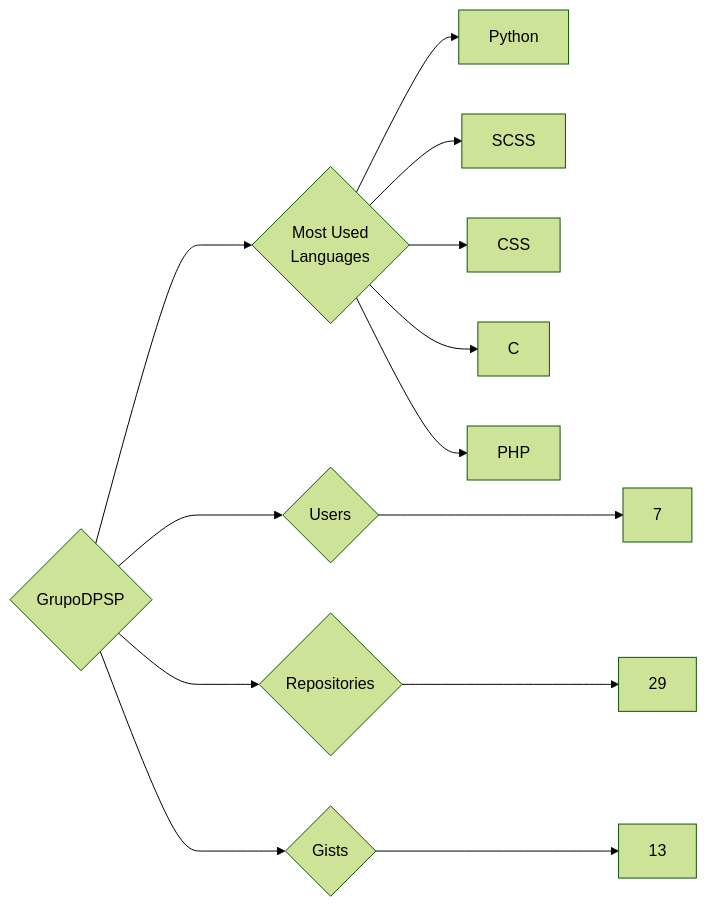
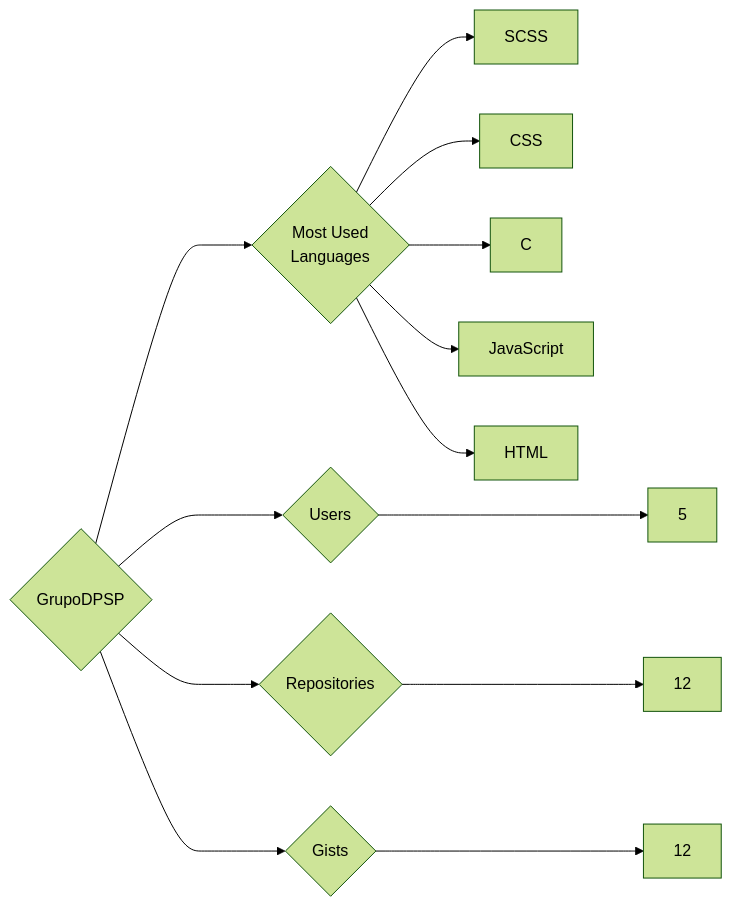
Before and after one commit to trickest/insiders: the diagram in targets/GrupoDPSP/README.md, drawn with Mermaid (forest theme). The commit also changed 1030 other files, not shown here.

````diff
--- a/targets/GrupoDPSP/README.md
+++ b/targets/GrupoDPSP/README.md
@@ -3,13 +3,13 @@
 ```mermaid
 graph LR
 COMPANY_NAME{GrupoDPSP}
-COMPANY_NAME ---> U{Users} ---> UN[7]
-COMPANY_NAME ---> R{Repositories} ---> RN[29]
-COMPANY_NAME ---> G{Gists} ---> GN[13]
+COMPANY_NAME ---> U{Users} ---> UN[5]
+COMPANY_NAME ---> R{Repositories} ---> RN[12]
+COMPANY_NAME ---> G{Gists} ---> GN[12]
 COMPANY_NAME ---> ML{Most Used<br>Languages}
-ML --> Python[Python]
 ML --> SCSS[SCSS]
 ML --> CSS[CSS]
 ML --> C[C]
-ML --> PHP[PHP]
+ML --> JavaScript[JavaScript]
+ML --> HTML[HTML]
 ```
````
